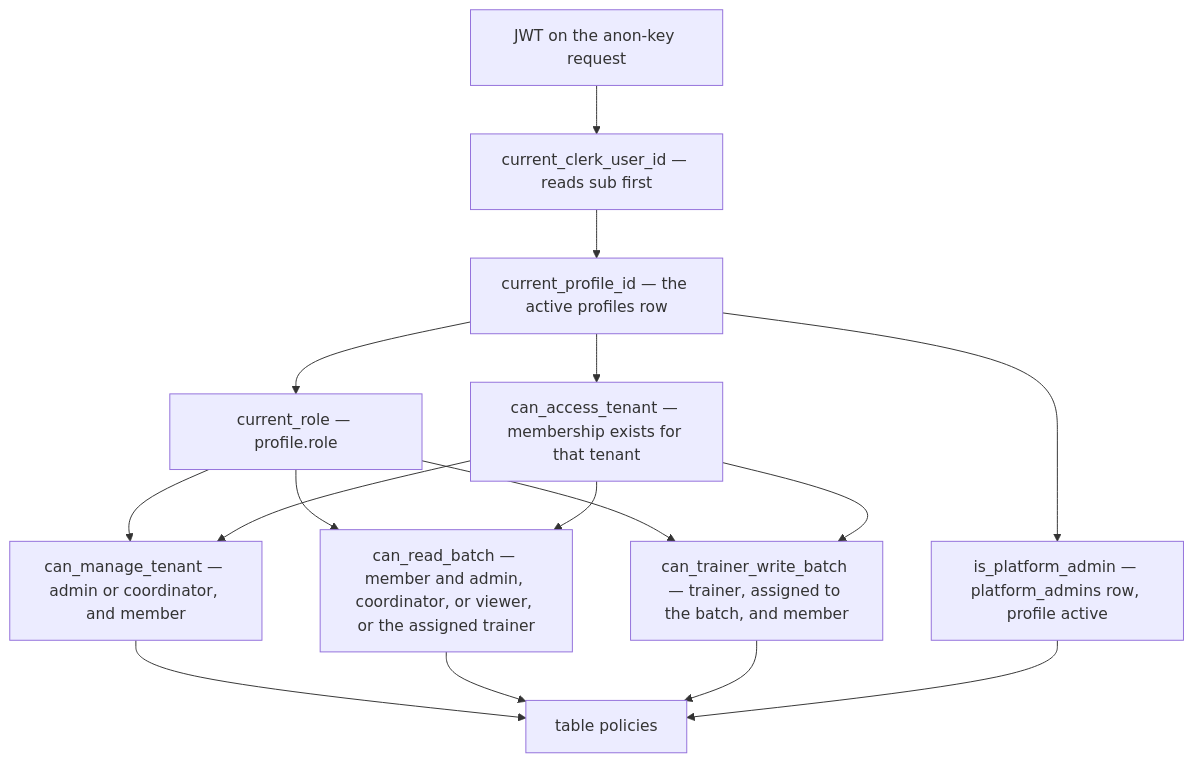
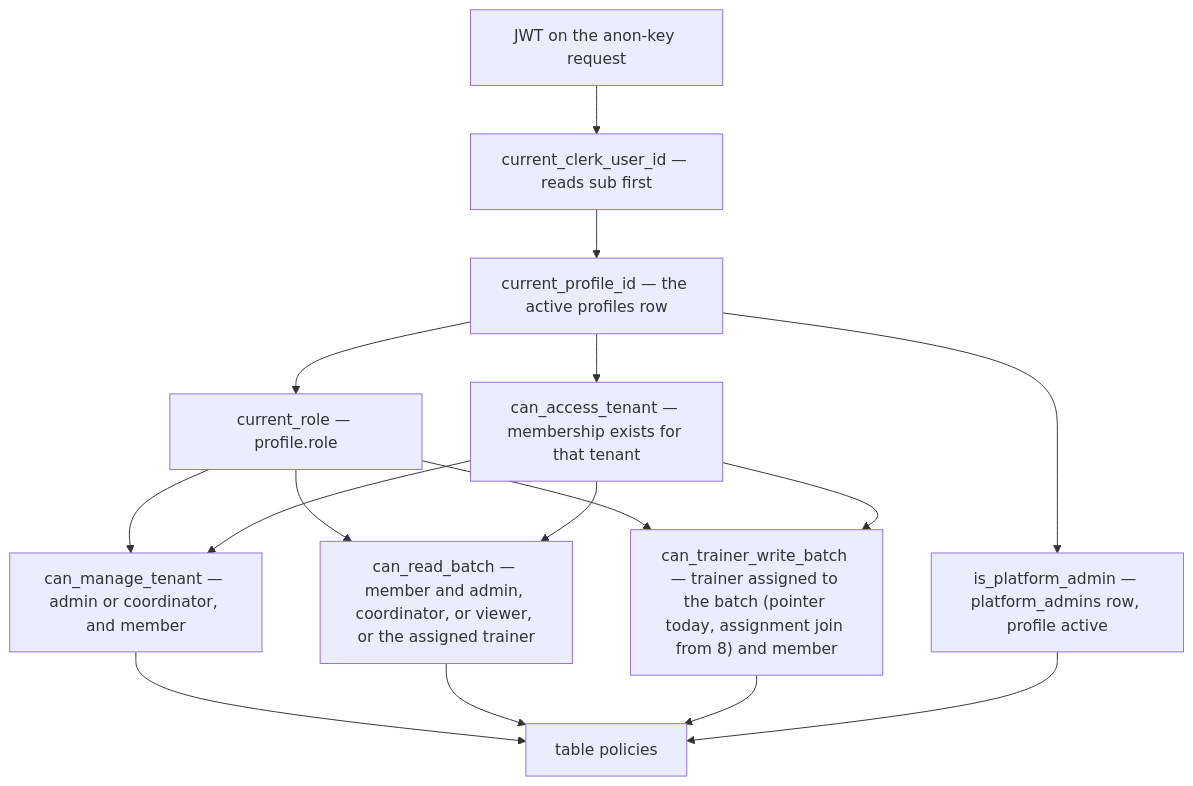
Before and after one commit to shuakyle21/tesda-compliance-manager: the fourth of 4 diagrams in openwiki/architecture/data-model-and-rls.md, drawn with Mermaid. The commit also changed other lines of this file and 7 other files, not shown here.

````diff
--- a/openwiki/architecture/data-model-and-rls.md
+++ b/openwiki/architecture/data-model-and-rls.md
@@ -362,18 +514,18 @@
 ```mermaid
 flowchart TD
     TOKEN["JWT on the anon-key request"] --> CLERK["current_clerk_user_id — reads sub first"]
     CLERK --> PROFILE["current_profile_id — the active profiles row"]
     PROFILE --> ROLE["current_role — profile.role"]
     PROFILE --> ACCESS["can_access_tenant — membership exists for that tenant"]
     ROLE --> MANAGE["can_manage_tenant — admin or coordinator, and member"]
     ACCESS --> MANAGE
     ROLE --> READB["can_read_batch — member and admin, coordinator, or viewer, or the assigned trainer"]
     ACCESS --> READB
-    ROLE --> WRITEB["can_trainer_write_batch — trainer, assigned to the batch, and member"]
+    ROLE --> WRITEB["can_trainer_write_batch — trainer assigned to the batch (pointer today, assignment join from 8) and member"]
     ACCESS --> WRITEB
     PROFILE --> PADMIN["is_platform_admin — platform_admins row, profile active"]
     MANAGE --> POL["table policies"]
     READB --> POL
     WRITEB --> POL
     PADMIN --> POL
 ```
````
